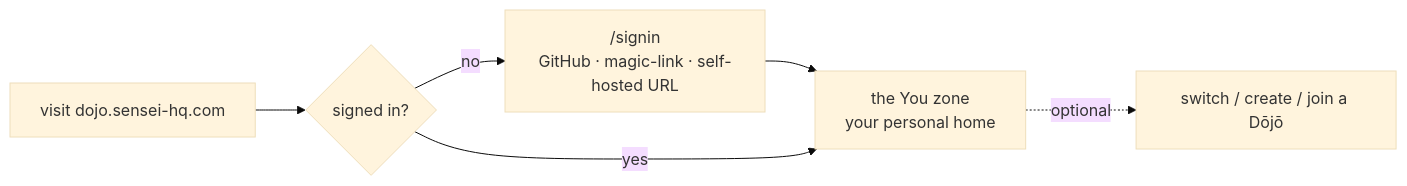
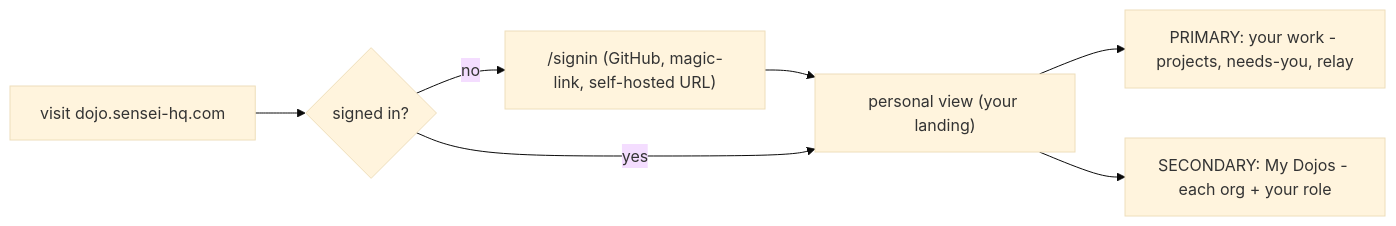
Before and after one commit to sensei-hq/sensei: the first of 4 diagrams in docs/features/dojo/sitemap.md, drawn with Mermaid (base theme). The commit also changed other lines of this file, not shown here.

First line of the commit message:
docs(features): dojo sitemap — work-first personal view + /org/[slug] context (resolved Q1-3)

````diff
--- a/docs/features/dojo/sitemap.md
+++ b/docs/features/dojo/sitemap.md
@@ -23,8 +23,9 @@
 ```mermaid
 flowchart LR
-  v["visit dojo.sensei-hq.com"] --> auth{signed in?}
-  auth -- no --> si["/signin<br/>GitHub · magic-link · self-hosted URL"]
-  si --> you
-  auth -- yes --> you["the You zone<br/>your personal home"]
-  you -. optional .-> sw["switch / create / join a Dōjō"]
+  v["visit dojo.sensei-hq.com"] --> auth{"signed in?"}
+  auth -- no --> si["/signin (GitHub, magic-link, self-hosted URL)"]
+  si --> home
+  auth -- yes --> home["personal view (your landing)"]
+  home --> work["PRIMARY: your work - projects, needs-you, relay"]
+  home --> orgs["SECONDARY: My Dojos - each org + your role"]
 ```
````
